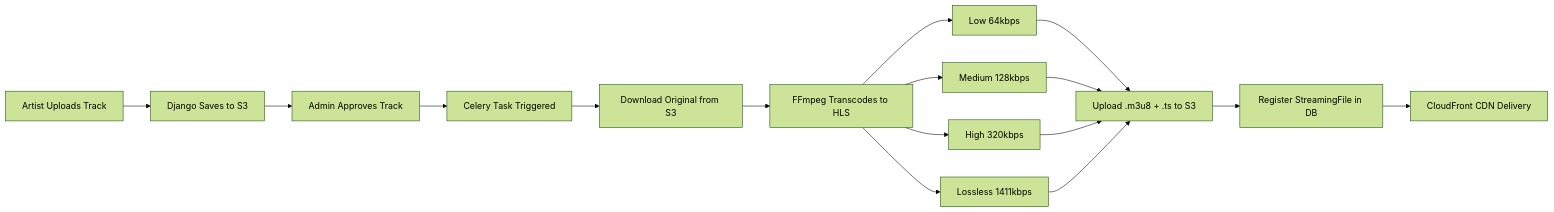
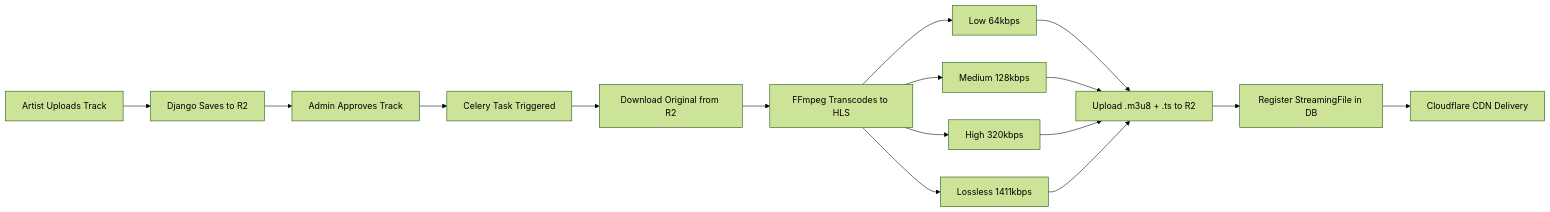
The second of 3 diagrams in README.md (affilpm/wave), drawn with Mermaid (forest theme) before and after one commit. The commit also changed other lines of this file and 35 other files, not shown here.

````diff
--- a/README.md
+++ b/README.md
@@ -162,15 +163,15 @@
 ```mermaid
 flowchart LR
-    A[Artist Uploads Track] --> B[Django Saves to S3]
+    A[Artist Uploads Track] --> B[Django Saves to R2]
     B --> C[Admin Approves Track]
     C --> D[Celery Task Triggered]
-    D --> E[Download Original from S3]
+    D --> E[Download Original from R2]
     E --> F[FFmpeg Transcodes to HLS]
     F --> G1[Low 64kbps]
     F --> G2[Medium 128kbps]
     F --> G3[High 320kbps]
     F --> G4[Lossless 1411kbps]
-    G1 & G2 & G3 & G4 --> H[Upload .m3u8 + .ts to S3]
+    G1 & G2 & G3 & G4 --> H[Upload .m3u8 + .ts to R2]
     H --> I[Register StreamingFile in DB]
-    I --> J[CloudFront CDN Delivery]
+    I --> J[Cloudflare CDN Delivery]
 ```
````
